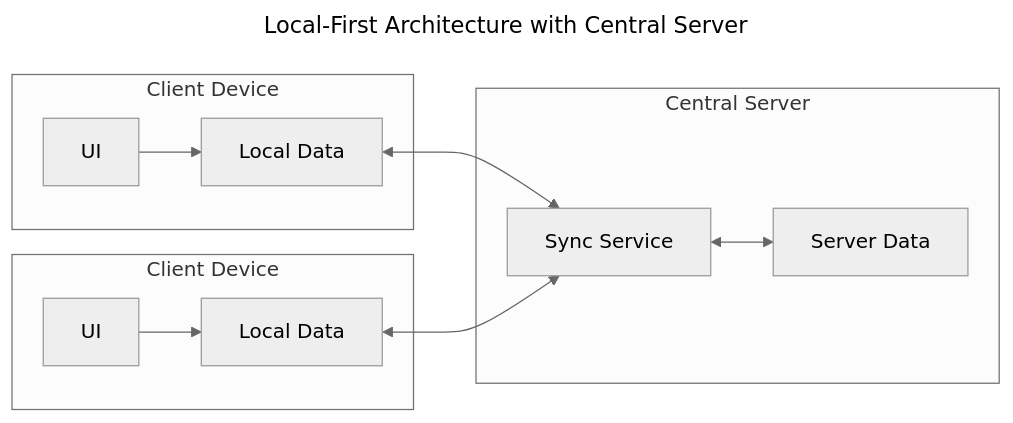
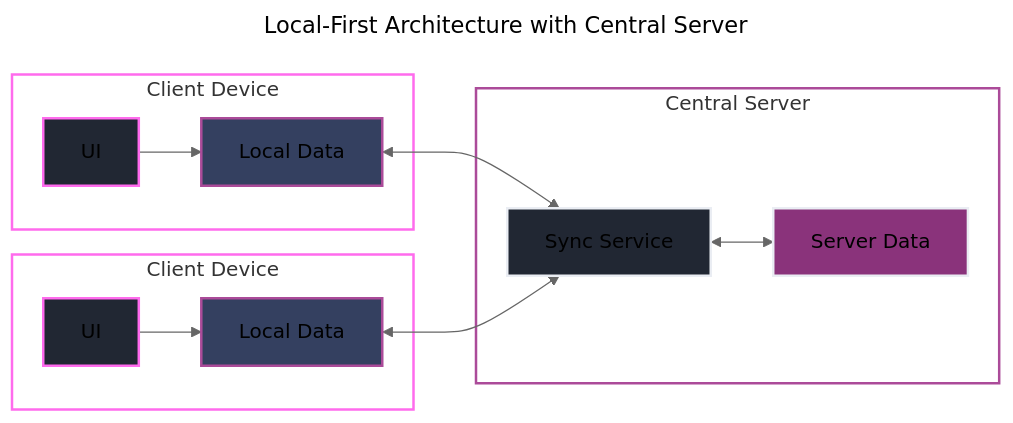
Before and after one commit to alexanderop/slides: the fifth of 6 diagrams in localFirstVue/slides.md, drawn with Mermaid (neutral theme). The commit also changed other lines of this file, not shown here.

Commit message:
Update Twitter logo to X logo and enhance Mermaid diagrams with styling and color

````diff
--- a/localFirstVue/slides.md
+++ b/localFirstVue/slides.md
@@ -415,22 +423,31 @@
 ```mermaid
 ---
 title: Local-First Architecture with Central Server
 ---
 flowchart LR
-    subgraph Client1["Client Device"]
-        UI1["UI"] --> DB1["Local Data"]
+    subgraph client1[Client Device]
+        UI1[UI]:::client --> DB1[Local Data]:::local
     end
 
-    subgraph Client2["Client Device"]
-        UI2["UI"] --> DB2["Local Data"]
+    subgraph client2[Client Device]
+        UI2[UI]:::client --> DB2[Local Data]:::local
     end
 
-    subgraph Server["Central Server"]
-        SDB["Server Data"]
-        Sync["Sync Service"]
+    subgraph server[Central Server]
+        SDB[Server Data]:::server
+        Sync[Sync Service]:::sync
     end
 
     DB1 <--> Sync
     DB2 <--> Sync
     Sync <--> SDB
+
+    classDef client fill:#212733,stroke:#FF6BED,stroke-width:2px
+    classDef local fill:#344060,stroke:#AB4B99,stroke-width:2px
+    classDef server fill:#8A337B,stroke:#EAEDF3,stroke-width:2px
+    classDef sync fill:#212733,stroke:#EAEDF3,stroke-width:2px
+    
+    style client1 fill:none,stroke:#FF6BED,stroke-width:2px
+    style client2 fill:none,stroke:#FF6BED,stroke-width:2px
+    style server fill:none,stroke:#AB4B99,stroke-width:2px
 ```
````
